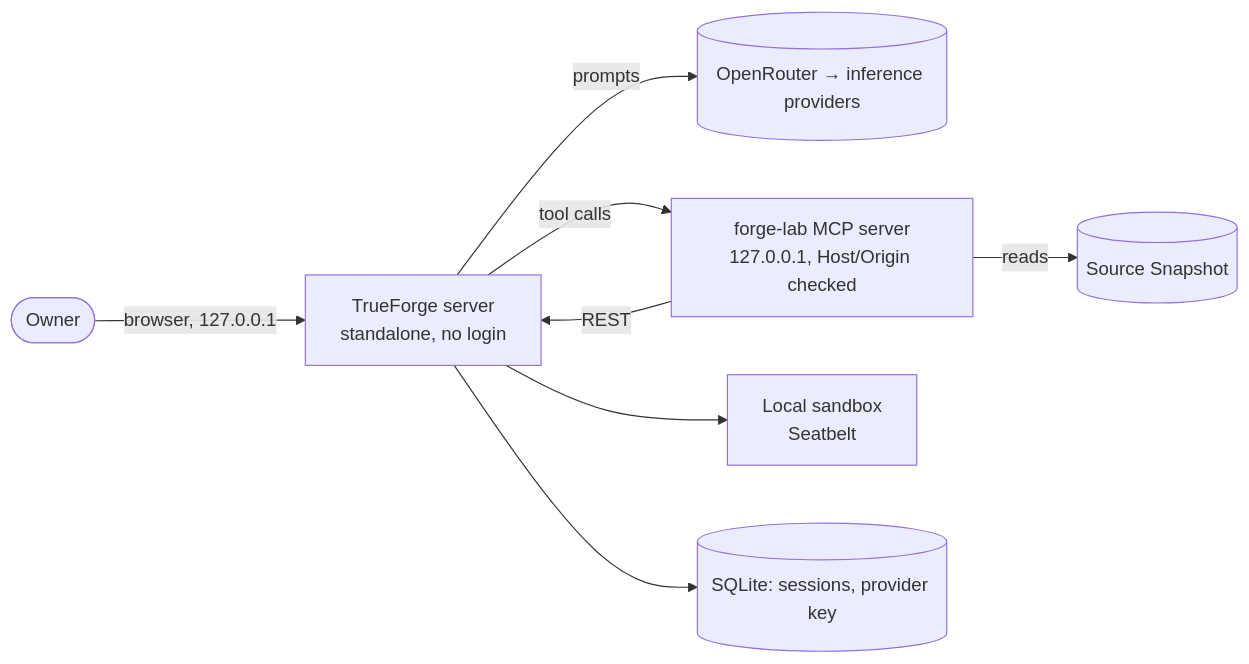
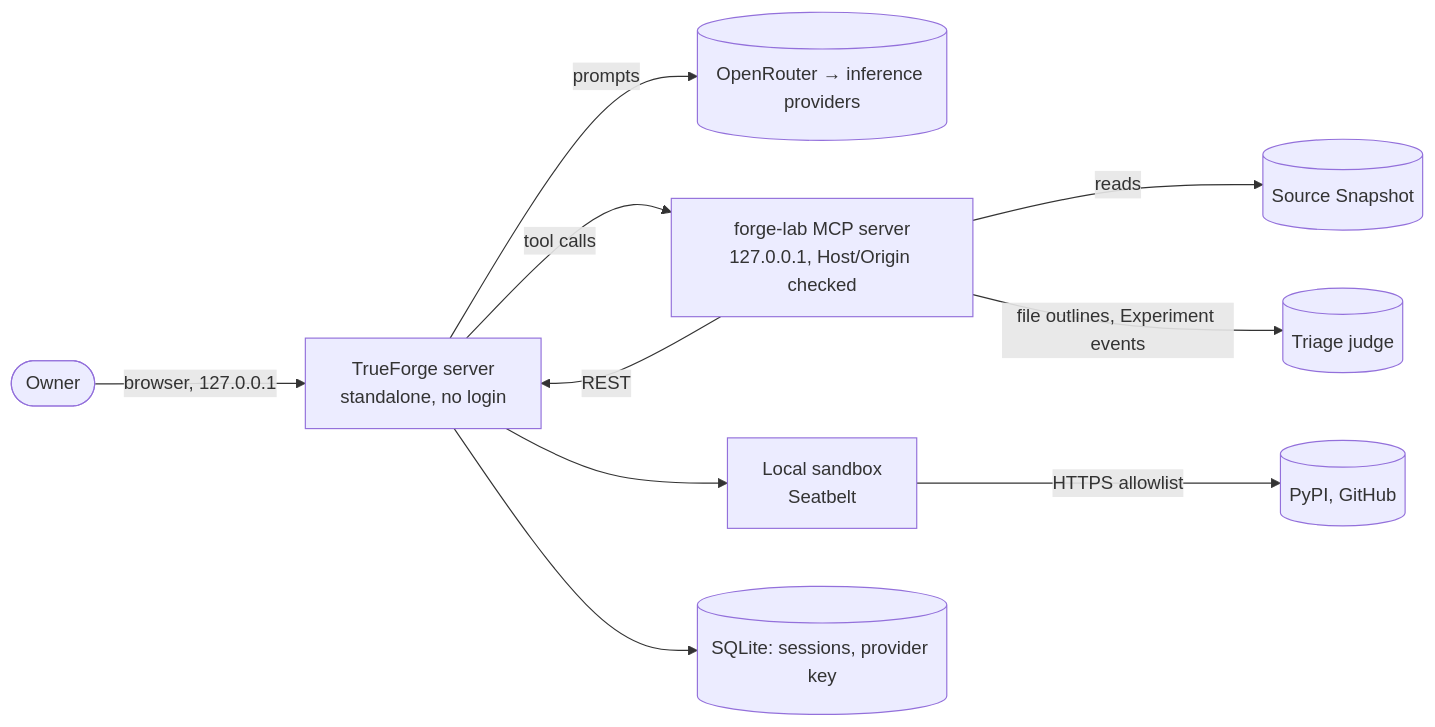
One commit to ZeleMate/forge-lab changed the diagram in docs/THREAT_MODEL.md. Above: the diagram before and after it, drawn with Mermaid. The commit also changed other lines of this file and 16 other files, not shown here.

````diff
--- a/docs/THREAT_MODEL.md
+++ b/docs/THREAT_MODEL.md
@@ -9,10 +9,12 @@
 ```mermaid
 flowchart LR
   user([Owner]) -->|browser, 127.0.0.1| tf[TrueForge server<br/>standalone, no login]
   tf -->|prompts| or[(OpenRouter → inference providers)]
   tf -->|tool calls| mcp[forge-lab MCP server<br/>127.0.0.1, Host/Origin checked]
   mcp -->|reads| snap[(Source Snapshot)]
   mcp -->|REST| tf
+  mcp -->|file outlines, Experiment events| judge[(Triage judge)]
   tf --> sb[Local sandbox<br/>Seatbelt]
+  sb -->|HTTPS allowlist| net[(PyPI, GitHub)]
   tf --> db[(SQLite: sessions, provider key)]
 ```
````
